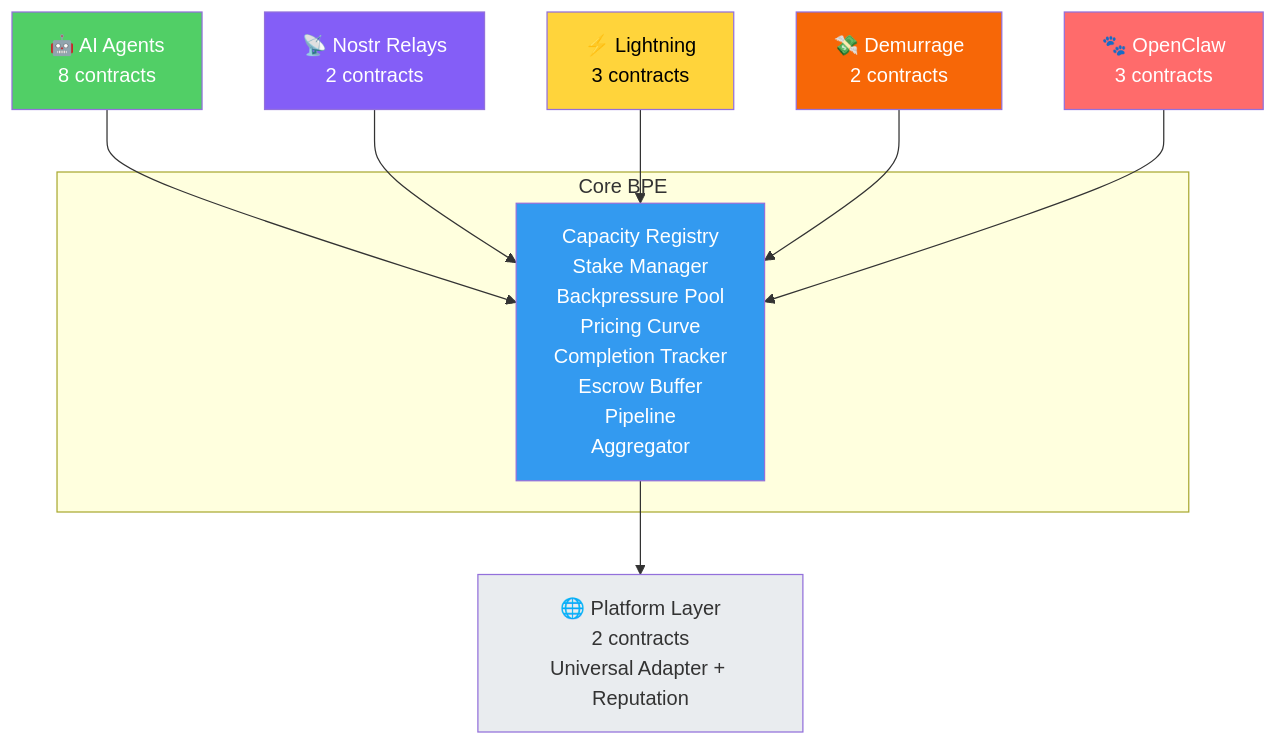
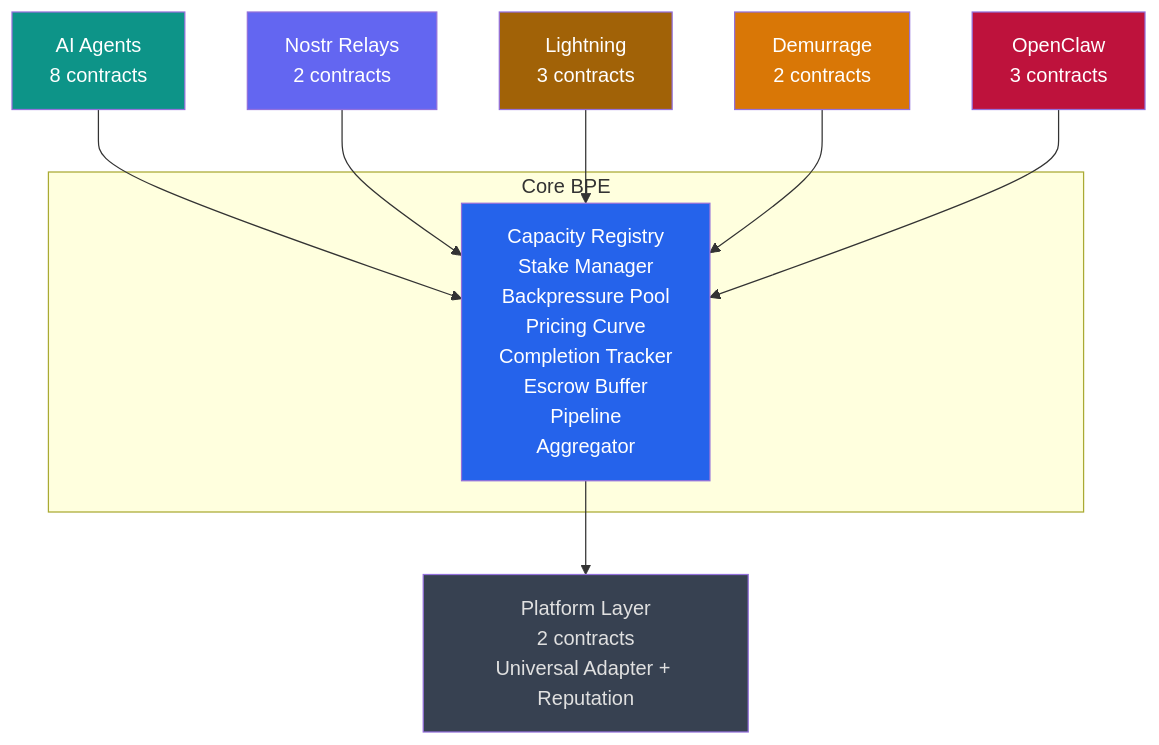
One commit to backproto/backproto changed the tenth of 16 diagrams in website/explainer.md. Above: the diagram before and after it, drawn with Mermaid. The commit also changed other lines of this file and 7 other files, not shown here.

First line of the commit message:
refactor(explainer): modernize diagrams and polish text

````diff
--- a/website/explainer.md
+++ b/website/explainer.md
@@ -307,22 +306,22 @@
 ```mermaid
 graph TB
     subgraph "Core BPE"
         CORE["Capacity Registry<br/>Stake Manager<br/>Backpressure Pool<br/>Pricing Curve<br/>Completion Tracker<br/>Escrow Buffer<br/>Pipeline<br/>Aggregator"]
     end
 
-    AI["🤖 AI Agents<br/>8 contracts"] --> CORE
-    NOSTR["📡 Nostr Relays<br/>2 contracts"] --> CORE
-    LN["⚡ Lightning<br/>3 contracts"] --> CORE
-    DEM["💸 Demurrage<br/>2 contracts"] --> CORE
-    OC["🐾 OpenClaw<br/>3 contracts"] --> CORE
+    AI["AI Agents<br/>8 contracts"] --> CORE
+    NOSTR["Nostr Relays<br/>2 contracts"] --> CORE
+    LN["Lightning<br/>3 contracts"] --> CORE
+    DEM["Demurrage<br/>2 contracts"] --> CORE
+    OC["OpenClaw<br/>3 contracts"] --> CORE
 
-    CORE --> PLAT["🌐 Platform Layer<br/>2 contracts<br/>Universal Adapter + Reputation"]
+    CORE --> PLAT["Platform Layer<br/>2 contracts<br/>Universal Adapter + Reputation"]
 
-    style CORE fill:#339af0,color:#fff
-    style AI fill:#51cf66,color:#fff
-    style NOSTR fill:#845ef7,color:#fff
-    style LN fill:#ffd43b,color:#000
-    style DEM fill:#f76707,color:#fff
-    style OC fill:#ff6b6b,color:#fff
-    style PLAT fill:#e9ecef
+    style CORE fill:#2563eb,color:#fff
+    style AI fill:#0d9488,color:#fff
+    style NOSTR fill:#6366f1,color:#fff
+    style LN fill:#a16207,color:#fff
+    style DEM fill:#d97706,color:#fff
+    style OC fill:#be123c,color:#fff
+    style PLAT fill:#374151,color:#e0e0e0
 ```
````
